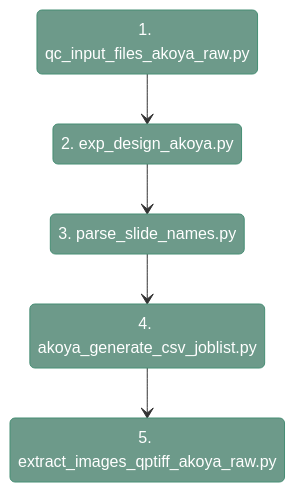
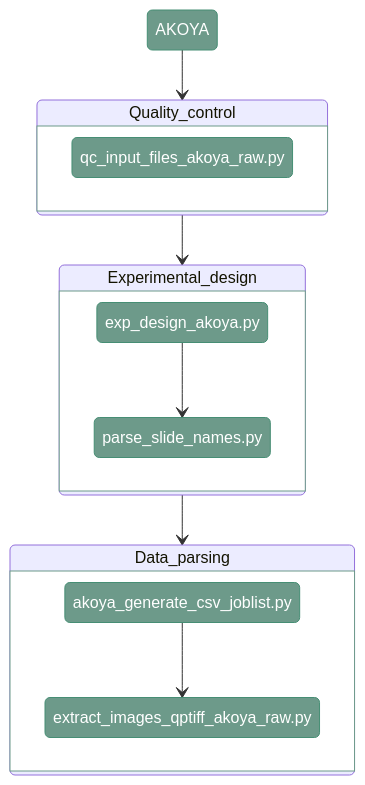
One commit to antoranzlab/DISSCOvery changed the diagram in docs/01_AKOYA_parser.md. Above: the diagram before and after it, drawn with Mermaid. The commit also changed other lines of this file and 34 other files, not shown here.

````diff
--- a/docs/01_AKOYA_parser.md
+++ b/docs/01_AKOYA_parser.md
@@ -38,15 +7,28 @@
 ```mermaid
 stateDiagram-v2
     classDef coloring fill:#6d9a8a, stroke:#468e74, color:#ffffff
-    1 --> 2
-    1: 1. qc_input_files_akoya_raw.py
-    2: 2. exp_design_akoya.py
-    2 --> 3
-    3: 3. parse_slide_names.py
-    3 --> 4
-    4: 4. akoya_generate_csv_joblist.py
-    4 --> 5
-    5: 5. extract_images_qptiff_akoya_raw.py
+    classDef coloring2 fill:#ffffff, stroke:#6d9a8a
+
+    AKOYA --> Quality_control
+    Quality_control --> Experimental_design
+    Experimental_design --> Data_parsing
+
+
+    state Quality_control{
+          AKOYA_qc: qc_input_files_akoya_raw.py
+        }
+    state Experimental_design{
+          AKOYA_exp_design --> slides
+          AKOYA_exp_design: exp_design_akoya.py
+          slides: parse_slide_names.py
+        }
+    state Data_parsing{
+          parsing_job --> parsing
+          parsing_job: akoya_generate_csv_joblist.py
+          parsing: extract_images_qptiff_akoya_raw.py
+        }
+
     
-    class 1,2,3,4,5 coloring
+    class AKOYA, AKOYA_qc, AKOYA_exp_design, parsing_job, slides, parsing coloring
+    class Data_parsing, Quality_control,  Experimental_design coloring2
 ```
````
